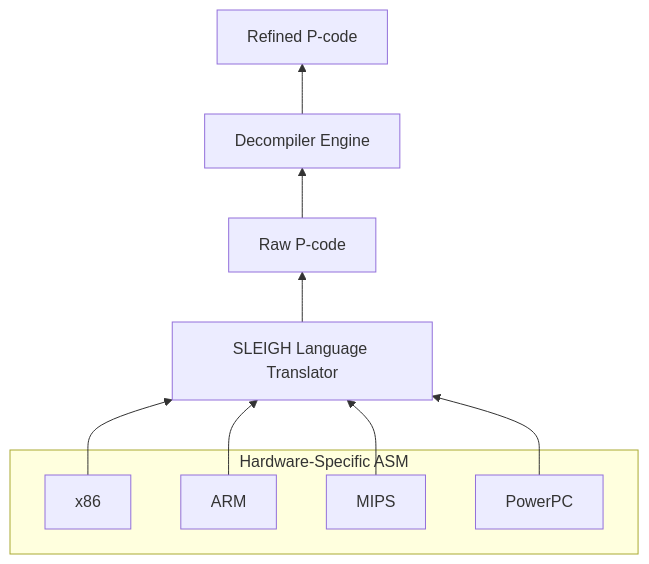
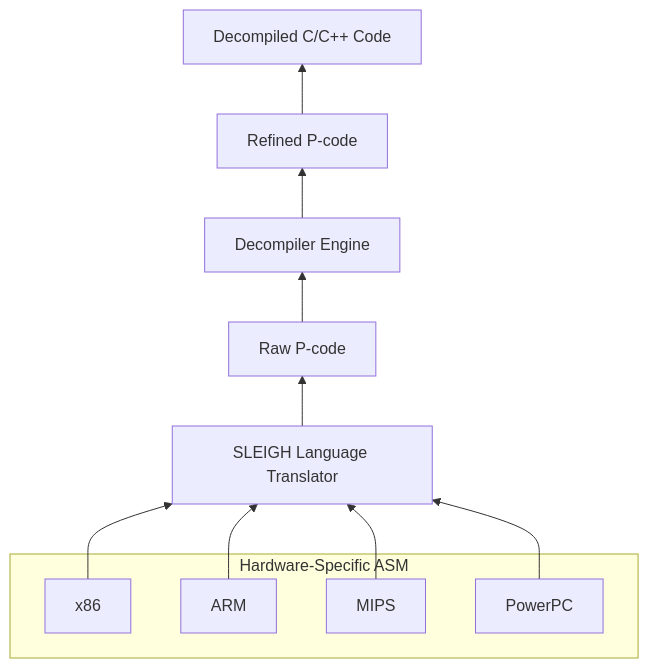
One commit to jzhang369/CEG7420 changed the diagram in lecture_notes_2025/pcodes.md. Above: the diagram before and after it, drawn with Mermaid.

````diff
--- a/lecture_notes_2025/pcodes.md
+++ b/lecture_notes_2025/pcodes.md
@@ -44,22 +44,24 @@
 ```mermaid
 graph BT
     subgraph ASM[Hardware-Specific ASM]
         A1[x86]
         A2[ARM]
         A3[MIPS]
         A4[PowerPC]
     end
 
     B[SLEIGH Language Translator]
     C[Raw P-code]
     D[Decompiler Engine]
     E[Refined P-code]
+    F[Decompiled C/C++ Code]
 
     A1 --> B
     A2 --> B
     A3 --> B
     A4 --> B
     B --> C
     C --> D
     D --> E
+    E --> F
 ```
````
